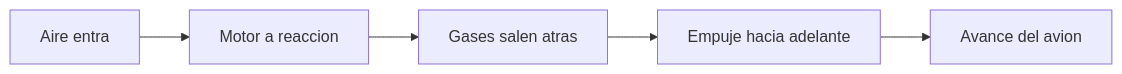
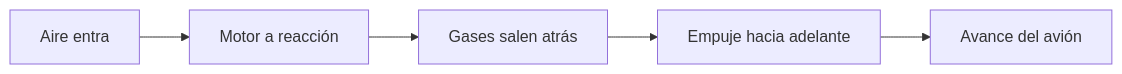
Before and after one commit to vladimiracunadev-create/machine-operator-program: the diagram in vehiculos/aviones-combate/recursos/recursos-avion-combate.md, drawn with Mermaid. The commit also changed other lines of this file and 442 other files, not shown here.

````diff
--- a/vehiculos/aviones-combate/recursos/recursos-avion-combate.md
+++ b/vehiculos/aviones-combate/recursos/recursos-avion-combate.md
@@ -28,7 +28,7 @@
 ```mermaid
 flowchart LR
-    Aire[Aire entra] --> Motor[Motor a reaccion]
-    Motor --> Gases[Gases salen atras]
+    Aire[Aire entra] --> Motor[Motor a reacción]
+    Motor --> Gases[Gases salen atrás]
     Gases --> Empuje[Empuje hacia adelante]
-    Empuje --> Vuelo[Avance del avion]
+    Empuje --> Vuelo[Avance del avión]
 ```
````
